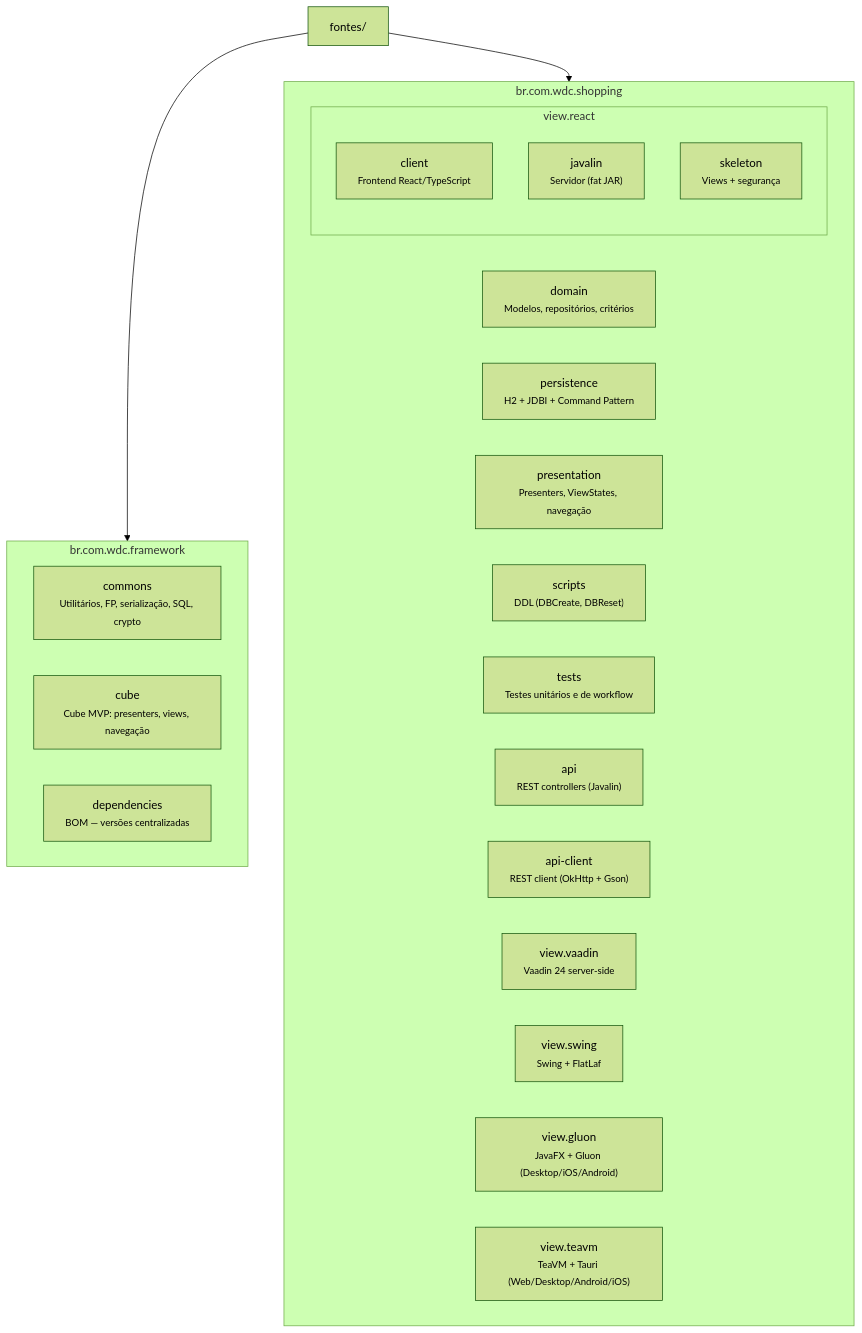
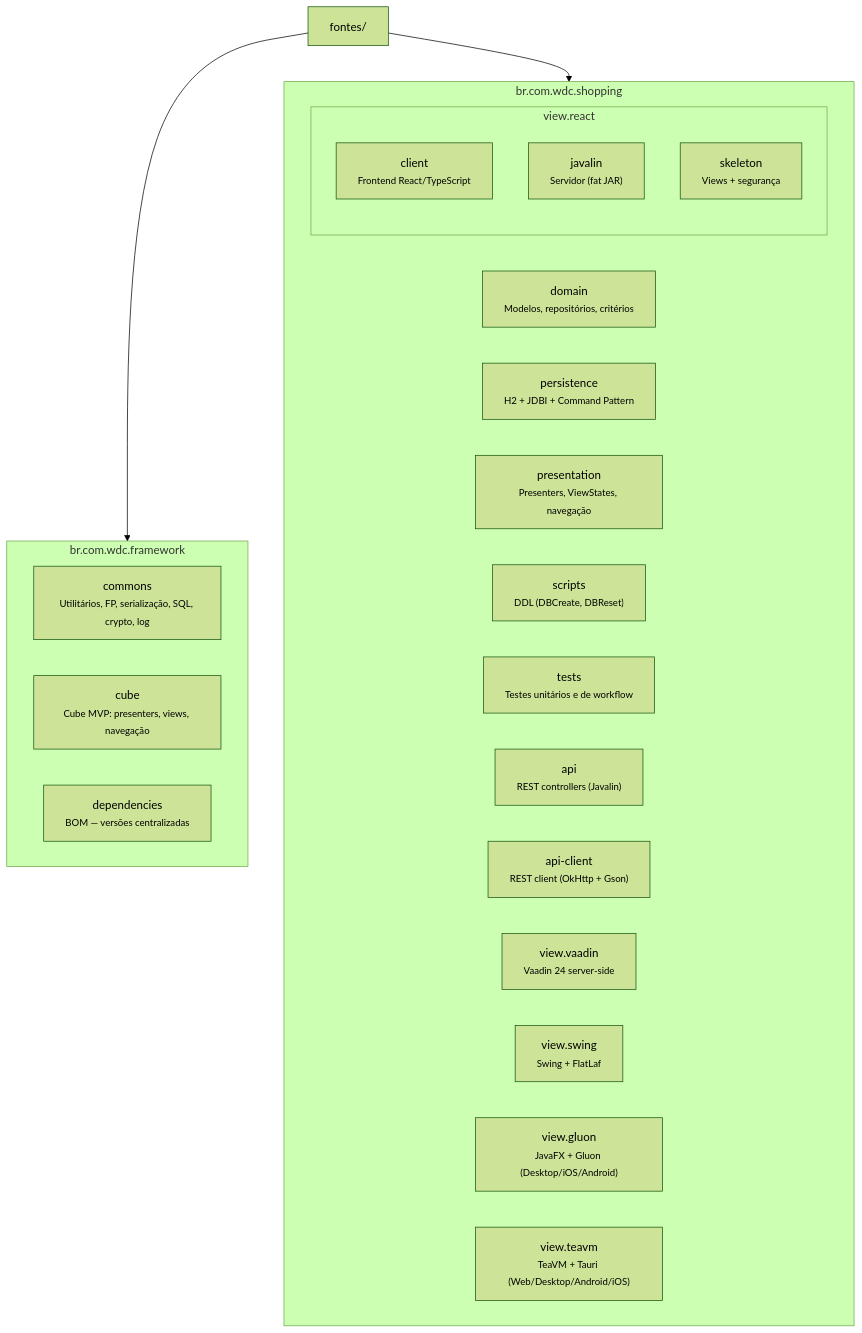
The second of 3 diagrams in README.md (mrcdom/wdc-cube-java-v2), drawn with Mermaid (forest theme) before and after one commit. The commit also changed other lines of this file and 8 other files, not shown here.

````diff
--- a/README.md
+++ b/README.md
@@ -55,34 +55,34 @@
 ```mermaid
 graph TD
     fontes["fontes/"]
 
     subgraph Framework["br.com.wdc.framework"]
-        commons["commons<br/><small>Utilitários, FP, serialização, SQL, crypto</small>"]
+        commons["commons<br/><small>Utilitários, FP, serialização, SQL, crypto, log</small>"]
         cube["cube<br/><small>Cube MVP: presenters, views, navegação</small>"]
         deps["dependencies<br/><small>BOM — versões centralizadas</small>"]
     end
 
     subgraph Shopping["br.com.wdc.shopping"]
         domain["domain<br/><small>Modelos, repositórios, critérios</small>"]
         persistence["persistence<br/><small>H2 + JDBI + Command Pattern</small>"]
         presentation["presentation<br/><small>Presenters, ViewStates, navegação</small>"]
         scripts["scripts<br/><small>DDL (DBCreate, DBReset)</small>"]
         tests["tests<br/><small>Testes unitários e de workflow</small>"]
         api["api<br/><small>REST controllers (Javalin)</small>"]
         apiClient["api-client<br/><small>REST client (OkHttp + Gson)</small>"]
 
         subgraph ViewReact["view.react"]
             reactClient["client<br/><small>Frontend React/TypeScript</small>"]
             reactJavalin["javalin<br/><small>Servidor (fat JAR)</small>"]
             reactSkeleton["skeleton<br/><small>Views + segurança</small>"]
         end
 
         viewVaadin["view.vaadin<br/><small>Vaadin 24 server-side</small>"]
         viewSwing["view.swing<br/><small>Swing + FlatLaf</small>"]
         viewGluon["view.gluon<br/><small>JavaFX + Gluon (Desktop/iOS/Android)</small>"]
         viewTeavm["view.teavm<br/><small>TeaVM + Tauri (Web/Desktop/Android/iOS)</small>"]
     end
 
     fontes --> Framework
     fontes --> Shopping
 ```
````
